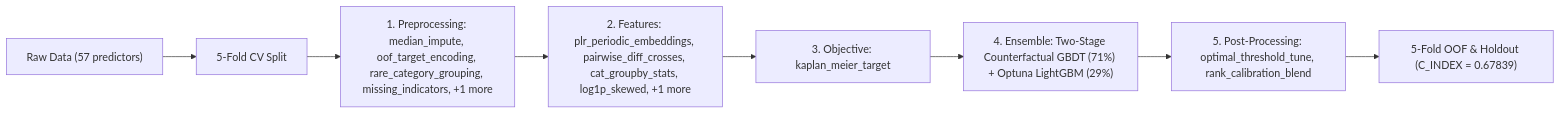
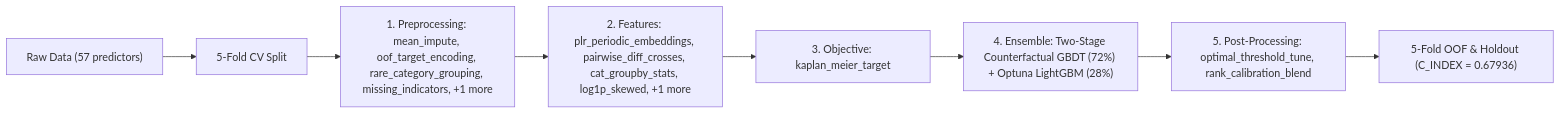
Before and after one commit to stefanoclss/CIBMTR-Equity-in-Post-HCT-Survival-Predictions: the diagram in README.md, drawn with Mermaid. The commit also changed other lines of this file, not shown here.

First line of the commit message:
docs(readme): refresh verified OOF benchmark & build ledger (C_INDEX=0.67936)

````diff
--- a/README.md
+++ b/README.md
@@ -144,10 +145,10 @@
 ```mermaid
 flowchart LR
     DATA["Raw Data (57 predictors)"] --> SPLIT["5-Fold CV Split"]
-    SPLIT --> PRE["1. Preprocessing: median_impute, oof_target_encoding, rare_category_grouping, missing_indicators, +1 more"]
+    SPLIT --> PRE["1. Preprocessing: mean_impute, oof_target_encoding, rare_category_grouping, missing_indicators, +1 more"]
     PRE --> FEAT["2. Features: plr_periodic_embeddings, pairwise_diff_crosses, cat_groupby_stats, log1p_skewed, +1 more"]
     FEAT --> OBJ["3. Objective: kaplan_meier_target"]
-    OBJ --> M0["4. Ensemble: Two-Stage Counterfactual GBDT (71%) + Optuna LightGBM (29%)"]
+    OBJ --> M0["4. Ensemble: Two-Stage Counterfactual GBDT (72%) + Optuna LightGBM (28%)"]
     M0 --> POST["5. Post-Processing: optimal_threshold_tune, rank_calibration_blend"]
-    POST --> OUT["5-Fold OOF & Holdout (C_INDEX = 0.67839)"]
+    POST --> OUT["5-Fold OOF & Holdout (C_INDEX = 0.67936)"]
 ```
````
